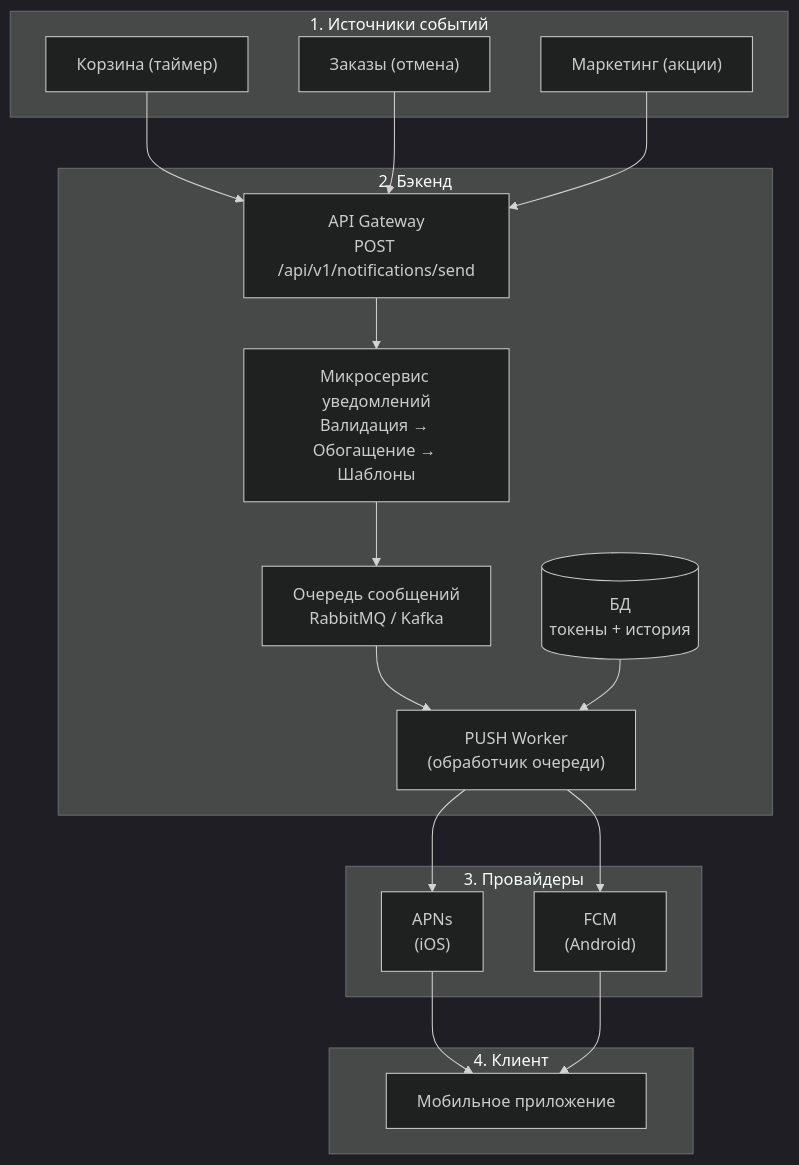
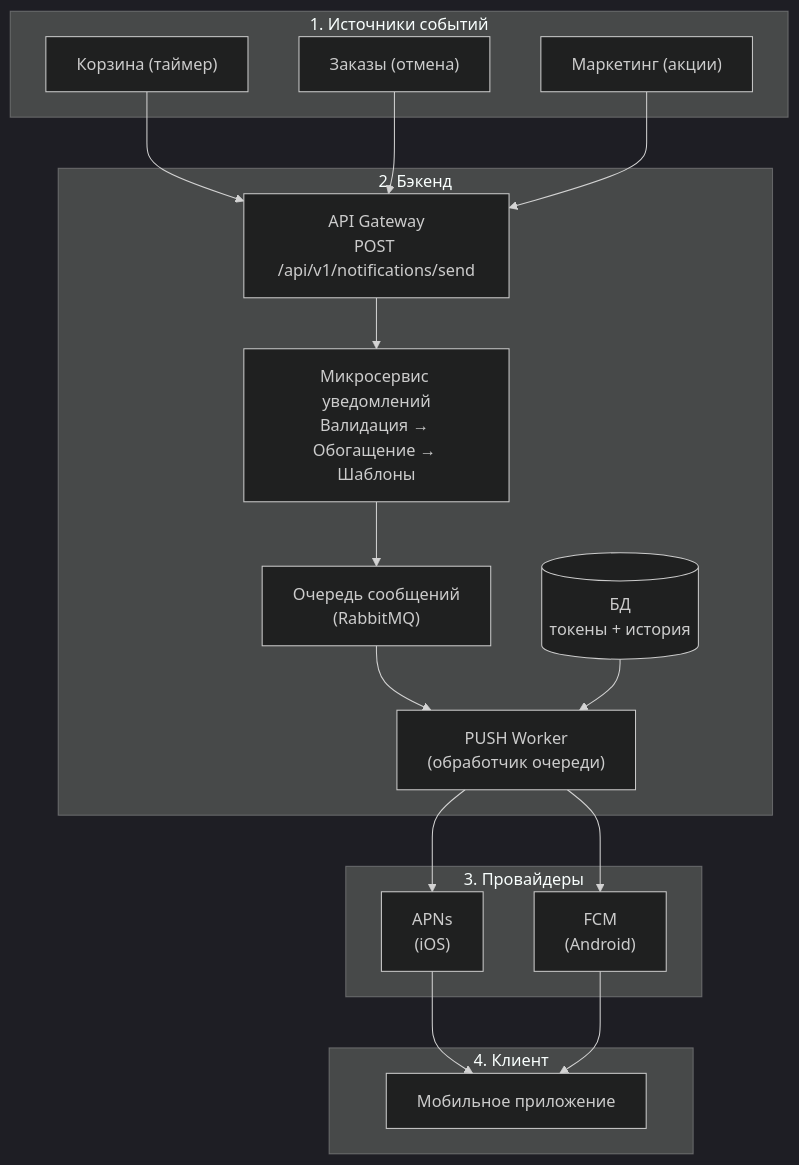
The diagram in Task_3_architecture.md (Jony-brat/Sobesedovanie_effective-mobile), drawn with Mermaid (dark theme) before and after one commit.

````diff
--- a/Task_3_architecture.md
+++ b/Task_3_architecture.md
@@ -3,41 +3,41 @@
 ```mermaid
 flowchart TB
     subgraph Triggers["1. Источники событий"]
         A1["Корзина (таймер)"]
         A2["Заказы (отмена)"]
         A3["Маркетинг (акции)"]
     end
 
     subgraph Backend["2. Бэкенд"]
         B1["API Gateway<br/>POST /api/v1/notifications/send"]
         B2["Микросервис уведомлений<br/>Валидация → Обогащение → Шаблоны"]
-        B3["Очередь сообщений<br/>RabbitMQ / Kafka"]
+        B3["Очередь сообщений<br/>(RabbitMQ)"]
         B4["PUSH Worker<br/>(обработчик очереди)"]
         B5[("БД<br/>токены + история")]
     end
 
     subgraph Providers["3. Провайдеры"]
         C1["APNs<br/>(iOS)"]
         C2["FCM<br/>(Android)"]
     end
 
     subgraph Client["4. Клиент"]
         D1["Мобильное приложение"]
     end
 
     A1 --> B1
     A2 --> B1
     A3 --> B1
     
     B1 --> B2
     B2 --> B3
     B3 --> B4
     
     B5 --> B4
     
     B4 --> C1
     B4 --> C2
     
     C1 --> D1
     C2 --> D1
 ```
````
